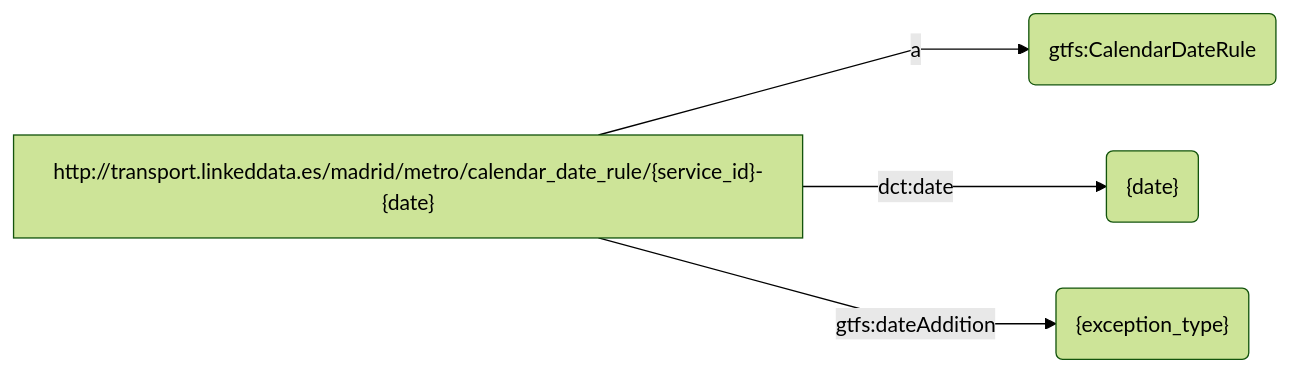
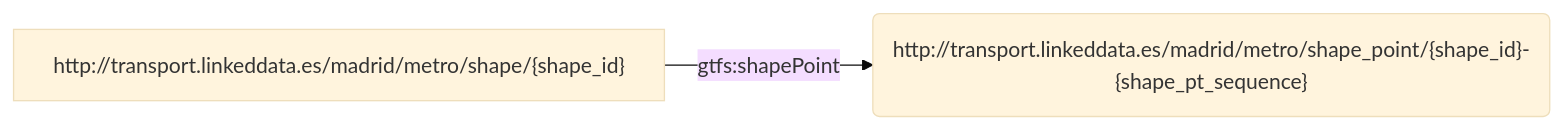
Before and after one commit to oeg-upm/rmldoc: the second of 25 diagrams in example/example.md, drawn with Mermaid. The commit also changed other lines of this file and 2 other files, not shown here.

````diff
--- a/example/example.md
+++ b/example/example.md
@@ -62,8 +80,7 @@
 ```mermaid
-%%{ init : { "theme" : "forest", "flowchart" : { "curve" : "linear" }}}%%
+%%{ init : { "theme" : "base", "flowchart" : { "curve" : "linear" }}}%%
+
 flowchart LR
-S["http://transport.linkeddata.es/madrid/metro/calendar_date_rule/{service_id}-{date}"] -->|"a"| object1("gtfs:CalendarDateRule")
-S["http://transport.linkeddata.es/madrid/metro/calendar_date_rule/{service_id}-{date}"] -->|"dct:date"| object2("{date}")
-S["http://transport.linkeddata.es/madrid/metro/calendar_date_rule/{service_id}-{date}"] -->|"gtfs:dateAddition"| object3("{exception_type}")
-    
+S1["http://transport.linkeddata.es/madrid/metro/shape/{shape_id}"] -->|"gtfs:shapePoint"| object1("http://transport.linkeddata.es/madrid/metro/shape_point/{shape_id}-{shape_pt_sequence}")
+
 ``` 
````
